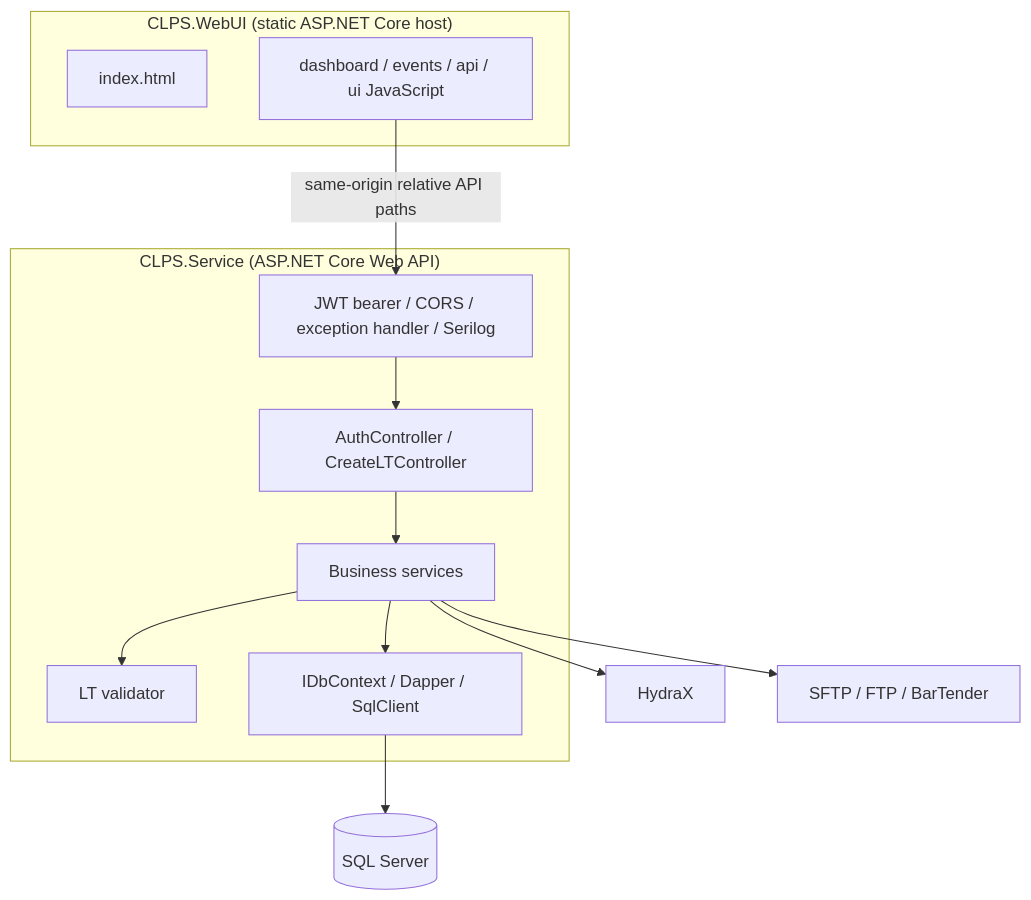
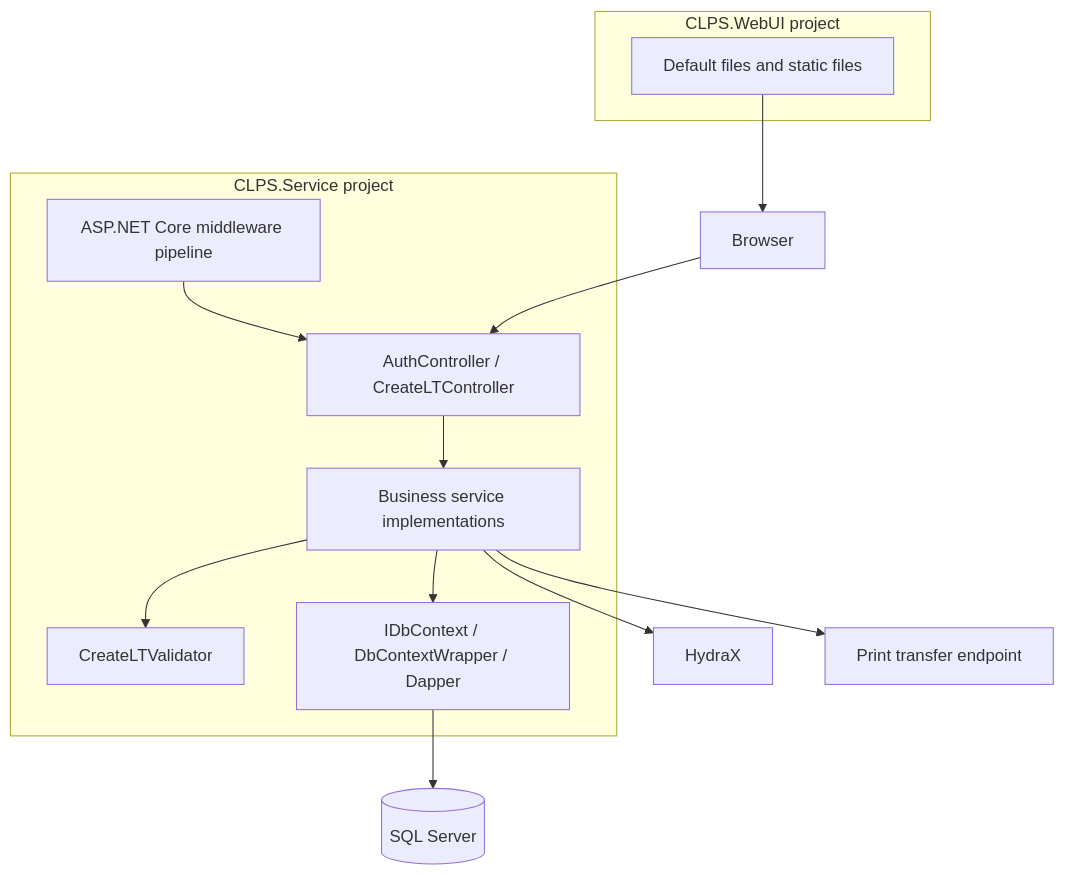
The second of 6 diagrams in Architecture-Analysis.md (Raghavendra194/my-courses), drawn with Mermaid before and after one commit. The commit also changed other lines of this file, not shown here.

````diff
--- a/Architecture-Analysis.md
+++ b/Architecture-Analysis.md
@@ -93,24 +145,24 @@
 ```mermaid
 flowchart TB
-  subgraph UI["CLPS.WebUI (static ASP.NET Core host)"]
-    HTML[index.html]
-    JS[dashboard / events / api / ui JavaScript]
+  subgraph UI["CLPS.WebUI project"]
+    Static[Default files and static files]
   end
-  subgraph API["CLPS.Service (ASP.NET Core Web API)"]
-    Middleware[JWT bearer / CORS / exception handler / Serilog]
+  subgraph SVC["CLPS.Service project"]
+    MW[ASP.NET Core middleware pipeline]
     Controllers[AuthController / CreateLTController]
-    AppServices[Business services]
-    Validators[LT validator]
-    DBAccess[IDbContext / Dapper / SqlClient]
-    Middleware --> Controllers --> AppServices
-    AppServices --> Validators
-    AppServices --> DBAccess
+    Services[Business service implementations]
+    Validator[CreateLTValidator]
+    DBLayer[IDbContext / DbContextWrapper / Dapper]
+    MW --> Controllers --> Services
+    Services --> Validator
+    Services --> DBLayer
   end
   SQL[(SQL Server)]
-  HydraX[HydraX]
-  Print[SFTP / FTP / BarTender]
-  JS -->|same-origin relative API paths| Middleware
-  DBAccess --> SQL
-  AppServices --> HydraX
-  AppServices --> Print
+  Hydra[HydraX]
+  Files[Print transfer endpoint]
+  Static --> Browser[Browser]
+  Browser --> Controllers
+  DBLayer --> SQL
+  Services --> Hydra
+  Services --> Files
 ```
````
